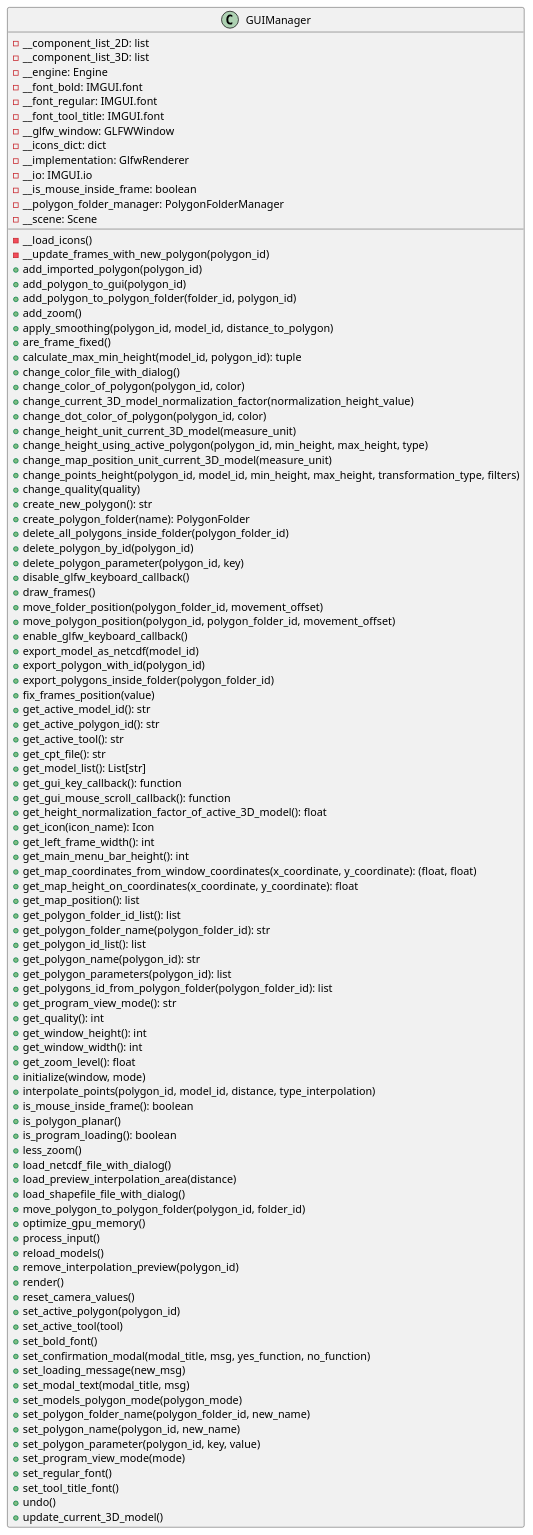
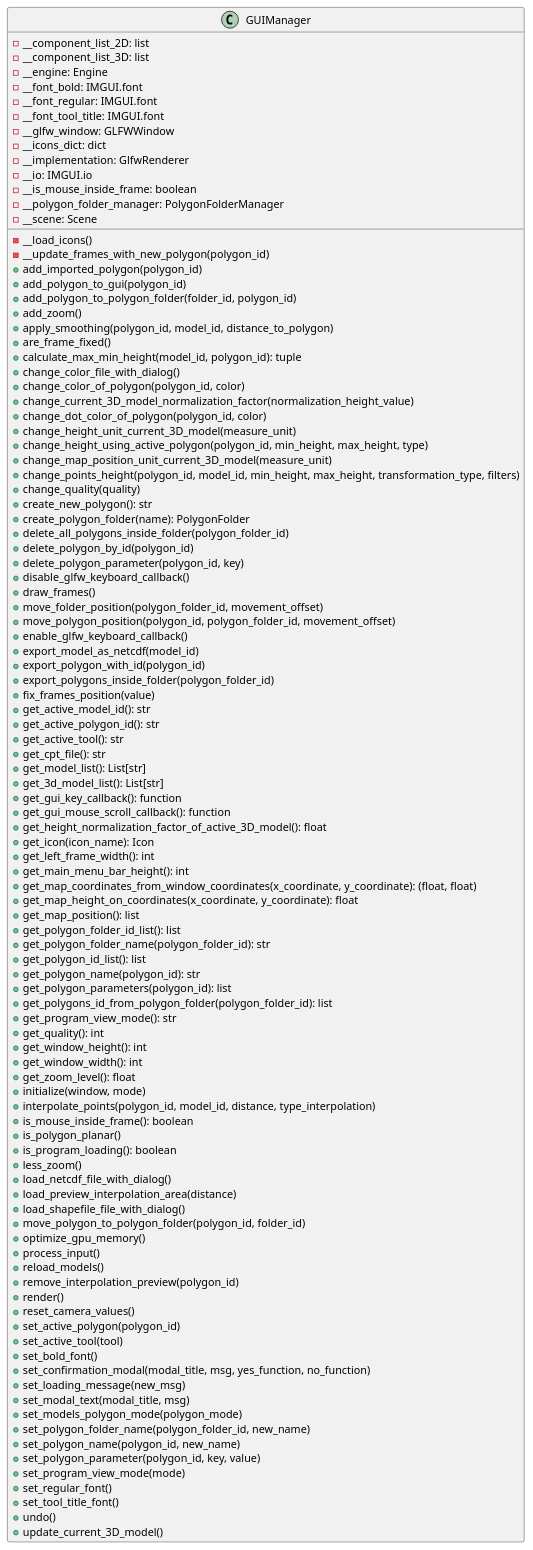
Before and after one commit to ferpoble2/Relief_Creator: the diagram in docs/classes/GUIManager.puml, drawn with PlantUML. The commit also changed 1 other file, not shown here.

Commit message:
Created method get_3d_model_list on class GUIManager.

```diff
--- a/docs/classes/GUIManager.puml
+++ b/docs/classes/GUIManager.puml
@@ -1,107 +1,108 @@
 @startuml
 'https://plantuml.com/class-diagram
 class GUIManager{
     - __component_list_2D: list
     - __component_list_3D: list
     - __engine: Engine
     - __font_bold: IMGUI.font
     - __font_regular: IMGUI.font
     - __font_tool_title: IMGUI.font
     - __glfw_window: GLFWWindow
     - __icons_dict: dict
     - __implementation: GlfwRenderer
     - __io: IMGUI.io
     - __is_mouse_inside_frame: boolean
     - __polygon_folder_manager: PolygonFolderManager
     - __scene: Scene
 
     - __load_icons()
     - __update_frames_with_new_polygon(polygon_id)
     + add_imported_polygon(polygon_id)
     + add_polygon_to_gui(polygon_id)
     + add_polygon_to_polygon_folder(folder_id, polygon_id)
     + add_zoom()
     + apply_smoothing(polygon_id, model_id, distance_to_polygon)
     + are_frame_fixed()
     + calculate_max_min_height(model_id, polygon_id): tuple
     + change_color_file_with_dialog()
     + change_color_of_polygon(polygon_id, color)
     + change_current_3D_model_normalization_factor(normalization_height_value)
     + change_dot_color_of_polygon(polygon_id, color)
     + change_height_unit_current_3D_model(measure_unit)
     + change_height_using_active_polygon(polygon_id, min_height, max_height, type)
     + change_map_position_unit_current_3D_model(measure_unit)
     + change_points_height(polygon_id, model_id, min_height, max_height, transformation_type, filters)
     + change_quality(quality)
     + create_new_polygon(): str
     + create_polygon_folder(name): PolygonFolder
     + delete_all_polygons_inside_folder(polygon_folder_id)
     + delete_polygon_by_id(polygon_id)
     + delete_polygon_parameter(polygon_id, key)
     + disable_glfw_keyboard_callback()
     + draw_frames()
     + move_folder_position(polygon_folder_id, movement_offset)
     + move_polygon_position(polygon_id, polygon_folder_id, movement_offset)
     + enable_glfw_keyboard_callback()
     + export_model_as_netcdf(model_id)
     + export_polygon_with_id(polygon_id)
     + export_polygons_inside_folder(polygon_folder_id)
     + fix_frames_position(value)
     + get_active_model_id(): str
     + get_active_polygon_id(): str
     + get_active_tool(): str
     + get_cpt_file(): str
     + get_model_list(): List[str]
+    + get_3d_model_list(): List[str]
     + get_gui_key_callback(): function
     + get_gui_mouse_scroll_callback(): function
     + get_height_normalization_factor_of_active_3D_model(): float
     + get_icon(icon_name): Icon
     + get_left_frame_width(): int
     + get_main_menu_bar_height(): int
     + get_map_coordinates_from_window_coordinates(x_coordinate, y_coordinate): (float, float)
     + get_map_height_on_coordinates(x_coordinate, y_coordinate): float
     + get_map_position(): list
     + get_polygon_folder_id_list(): list
     + get_polygon_folder_name(polygon_folder_id): str
     + get_polygon_id_list(): list
     + get_polygon_name(polygon_id): str
     + get_polygon_parameters(polygon_id): list
     + get_polygons_id_from_polygon_folder(polygon_folder_id): list
     + get_program_view_mode(): str
     + get_quality(): int
     + get_window_height(): int
     + get_window_width(): int
     + get_zoom_level(): float
     + initialize(window, mode)
     + interpolate_points(polygon_id, model_id, distance, type_interpolation)
     + is_mouse_inside_frame(): boolean
     + is_polygon_planar()
     + is_program_loading(): boolean
     + less_zoom()
     + load_netcdf_file_with_dialog()
     + load_preview_interpolation_area(distance)
     + load_shapefile_file_with_dialog()
     + move_polygon_to_polygon_folder(polygon_id, folder_id)
     + optimize_gpu_memory()
     + process_input()
     + reload_models()
     + remove_interpolation_preview(polygon_id)
     + render()
     + reset_camera_values()
     + set_active_polygon(polygon_id)
     + set_active_tool(tool)
     + set_bold_font()
     + set_confirmation_modal(modal_title, msg, yes_function, no_function)
     + set_loading_message(new_msg)
     + set_modal_text(modal_title, msg)
     + set_models_polygon_mode(polygon_mode)
     + set_polygon_folder_name(polygon_folder_id, new_name)
     + set_polygon_name(polygon_id, new_name)
     + set_polygon_parameter(polygon_id, key, value)
     + set_program_view_mode(mode)
     + set_regular_font()
     + set_tool_title_font()
     + undo()
     + update_current_3D_model()
 }
 @enduml
```
